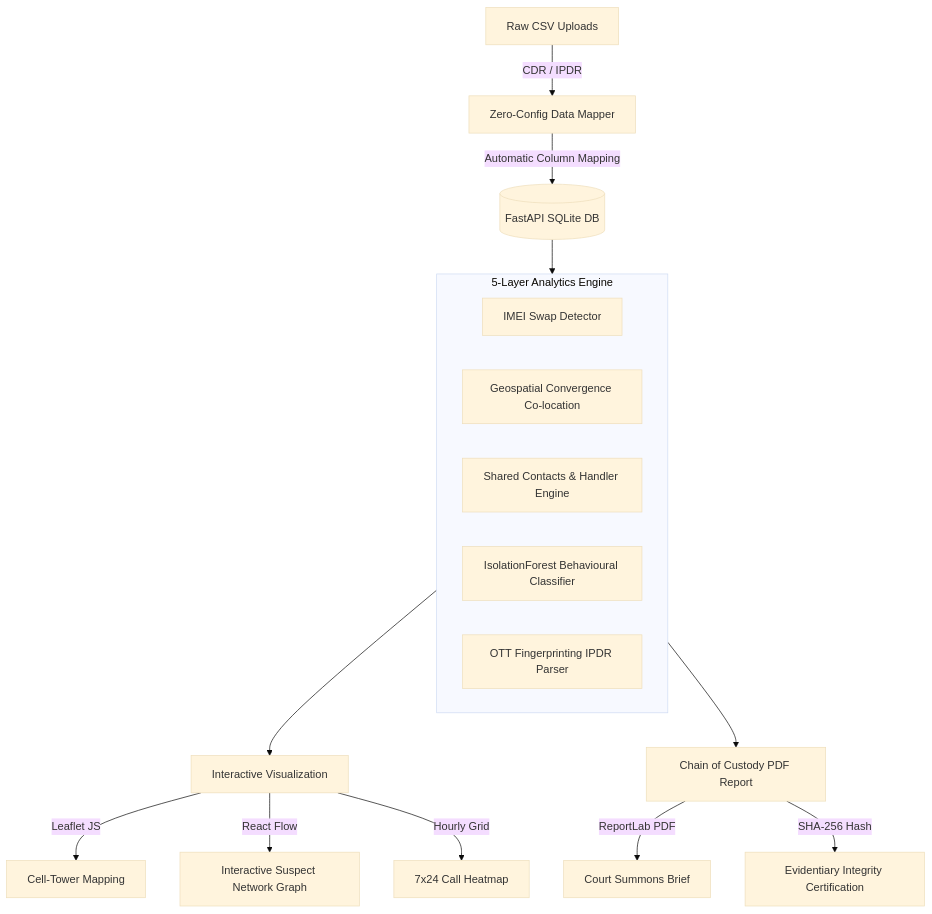
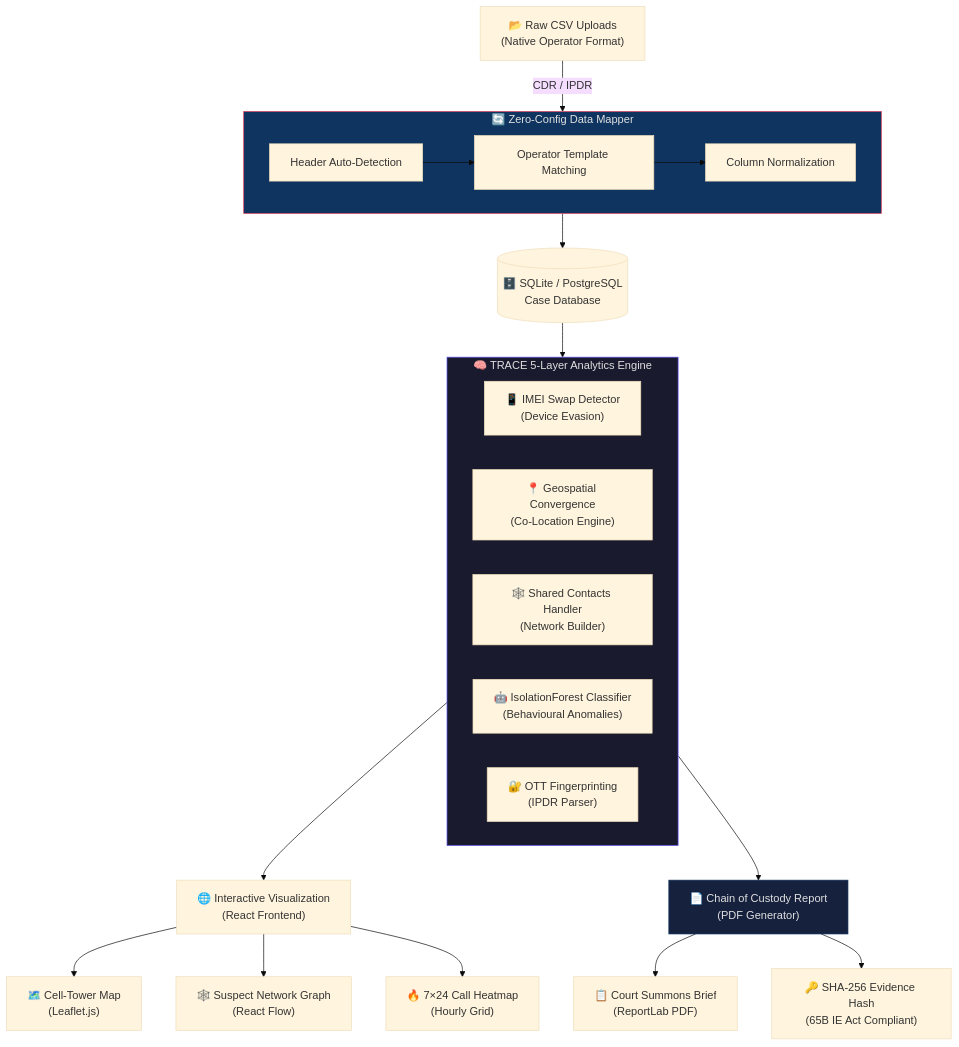
One commit to hydra-eng/trace changed the first of 5 diagrams in README.md. Above: the diagram before and after it, drawn with Mermaid (base theme). The commit also changed other lines of this file, not shown here.

Commit message:
docs: revamp README with hackathon-grade content, Mermaid diagrams and comparison tables

````diff
--- a/README.md
+++ b/README.md
@@ -57,24 +166,37 @@
 ```mermaid
 graph TD
-    A[Raw CSV Uploads] -->|CDR / IPDR| B[Zero-Config Data Mapper]
-    B -->|Automatic Column Mapping| C[(FastAPI SQLite DB)]
-    C --> D[TRACE Intelligence Engine]
-    
-    subgraph D [5-Layer Analytics Engine]
-        D1[IMEI Swap Detector]
-        D2[Geospatial Convergence Co-location]
-        D3[Shared Contacts & Handler Engine]
-        D4[IsolationForest Behavioural Classifier]
-        D5[OTT Fingerprinting IPDR Parser]
+    A["📂 Raw CSV Uploads<br/>(Native Operator Format)"] -->|CDR / IPDR| B
+
+    subgraph B ["🔄 Zero-Config Data Mapper"]
+        B1[Header Auto-Detection]
+        B2[Operator Template Matching]
+        B3[Column Normalization]
+        B1 --> B2 --> B3
     end
-    
-    D --> E[Interactive Visualization]
-    D --> F[Chain of Custody PDF Report]
-    
-    E -->|Leaflet JS| E1[Cell-Tower Mapping]
-    E -->|React Flow| E2[Interactive Suspect Network Graph]
-    E -->|Hourly Grid| E3[7x24 Call Heatmap]
-    
-    F -->|ReportLab PDF| F1[Court Summons Brief]
-    F -->|SHA-256 Hash| F2[Evidentiary Integrity Certification]
+
+    B --> C[(🗄️ SQLite / PostgreSQL<br/>Case Database)]
+
+    C --> D
+
+    subgraph D ["🧠 TRACE 5-Layer Analytics Engine"]
+        D1["📱 IMEI Swap Detector<br/>(Device Evasion)"]
+        D2["📍 Geospatial Convergence<br/>(Co-Location Engine)"]
+        D3["🕸️ Shared Contacts Handler<br/>(Network Builder)"]
+        D4["🤖 IsolationForest Classifier<br/>(Behavioural Anomalies)"]
+        D5["🔐 OTT Fingerprinting<br/>(IPDR Parser)"]
+    end
+
+    D --> E["🌐 Interactive Visualization<br/>(React Frontend)"]
+    D --> F["📄 Chain of Custody Report<br/>(PDF Generator)"]
+
+    E --> E1["🗺️ Cell-Tower Map<br/>(Leaflet.js)"]
+    E --> E2["🕸️ Suspect Network Graph<br/>(React Flow)"]
+    E --> E3["🔥 7×24 Call Heatmap<br/>(Hourly Grid)"]
+
+    F --> F1["📋 Court Summons Brief<br/>(ReportLab PDF)"]
+    F --> F2["🔑 SHA-256 Evidence Hash<br/>(65B IE Act Compliant)"]
+
+    style D fill:#1a1a2e,color:#e0e0e0,stroke:#6c63ff
+    style B fill:#0f3460,color:#e0e0e0,stroke:#e94560
+    style F fill:#16213e,color:#e0e0e0,stroke:#0f3460
 ```
````
